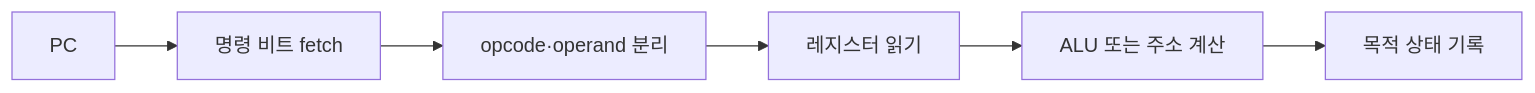
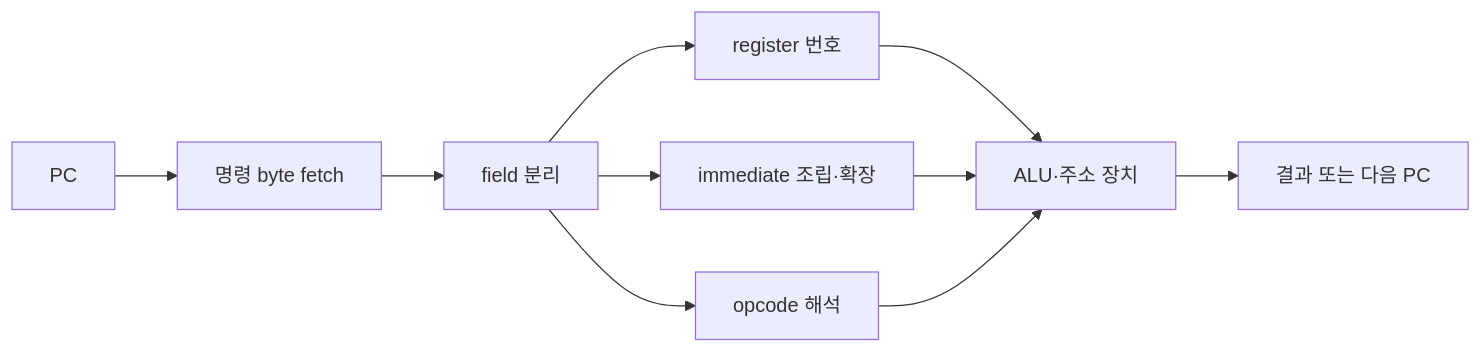
Before and after one commit to mj006648/netai-devsecops-runbook: the diagram in learning/computer-architecture/02-instructions-registers-and-isa.md, drawn with Mermaid. The commit also changed other lines of this file and 165 other files, not shown here.

````diff
--- a/learning/computer-architecture/02-instructions-registers-and-isa.md
+++ b/learning/computer-architecture/02-instructions-registers-and-isa.md
@@ -34,8 +66,12 @@
-```mermaid
+~~~mermaid
 flowchart LR
-  P[PC] --> F[명령 비트 fetch]
-  F --> D[opcode·operand 분리]
-  D --> R[레지스터 읽기]
-  R --> E[ALU 또는 주소 계산]
-  E --> W[목적 상태 기록]
-```
+  P[PC] --> F[명령 byte fetch]
+  F --> J[field 분리]
+  J --> O[opcode 해석]
+  J --> R[register 번호]
+  J --> I[immediate 조립·확장]
+  R --> E[ALU·주소 장치]
+  I --> E
+  O --> E
+  E --> W[결과 또는 다음 PC]
+~~~
````
